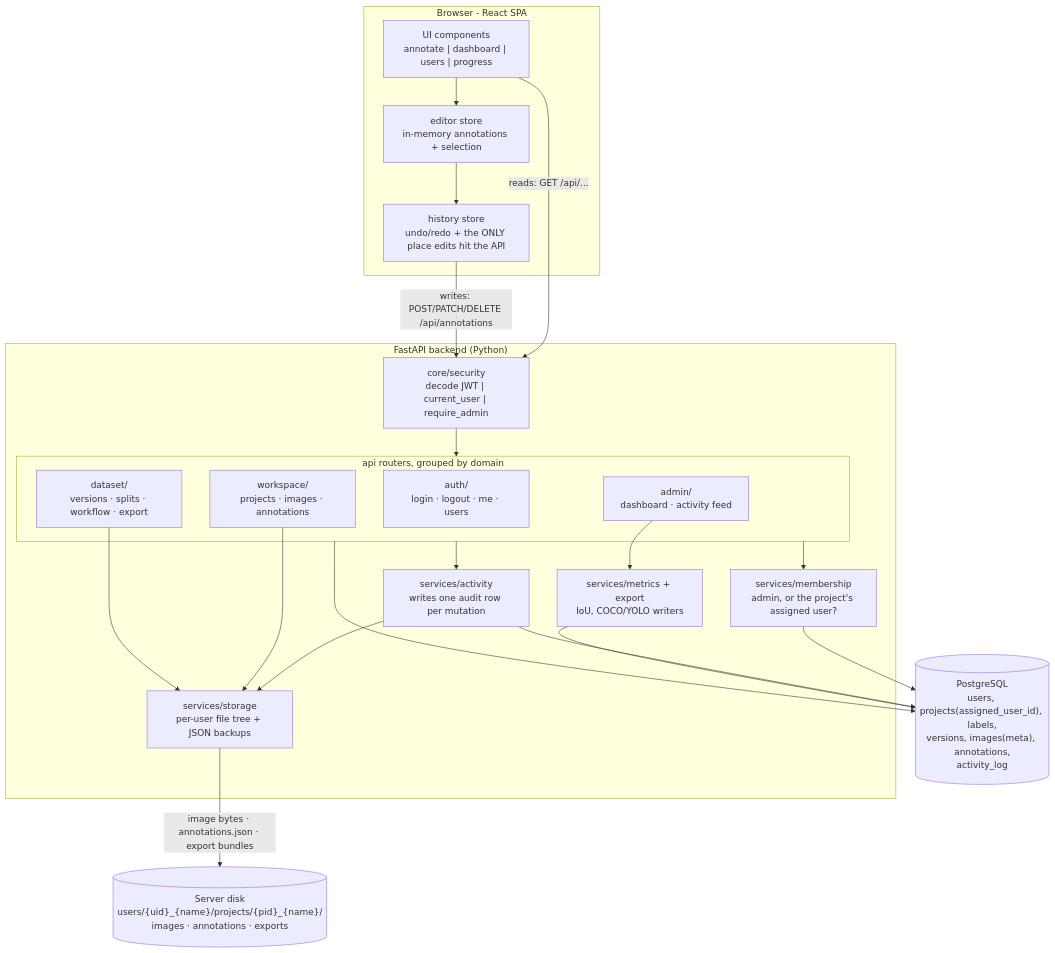
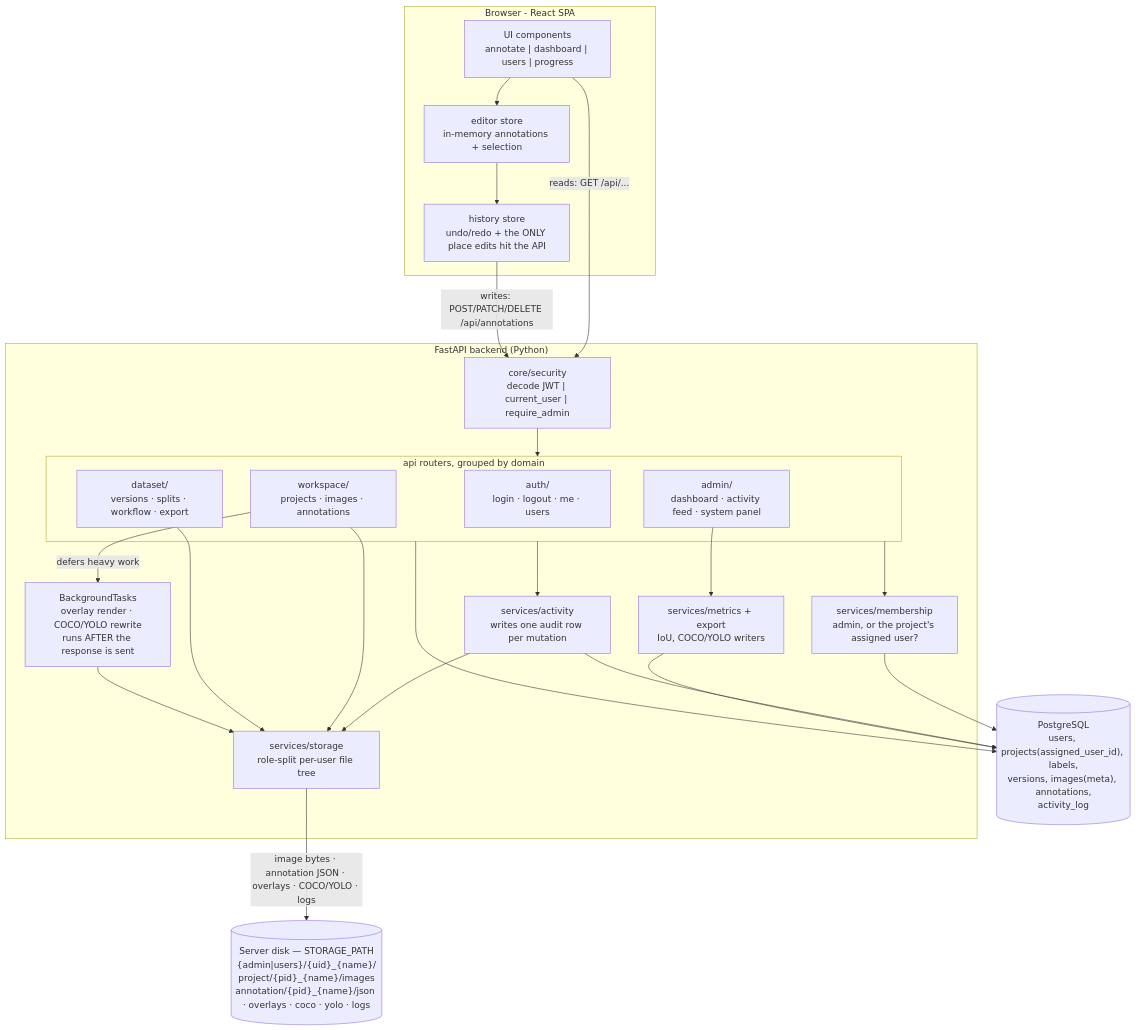
The diagram in docs/diagrams/backend_flow.mermaid (rochitl72/latest-version), drawn with Mermaid before and after one commit. The commit also changed 1 other file, not shown here.

First paragraph of the commit message:
Rewrite the README for deployment handover; refresh the flow diagram
The README described the application as it was several changes ago. Corrected
throughout, and restructured for someone deploying it rather than someone who
already knows it.

```diff
--- a/docs/diagrams/backend_flow.mermaid
+++ b/docs/diagrams/backend_flow.mermaid
@@ -1,40 +1,43 @@
 flowchart TB
   subgraph CLIENT["Browser - React SPA"]
     UI["UI components<br/>annotate | dashboard | users | progress"]
     EDIT["editor store<br/>in-memory annotations + selection"]
     HIST["history store<br/>undo/redo + the ONLY place edits hit the API"]
   end
 
   subgraph BACKEND["FastAPI backend (Python)"]
     SEC["core/security<br/>decode JWT | current_user | require_admin"]
     MEMB["services/membership<br/>admin, or the project's assigned user?"]
     subgraph ROUTERS["api routers, grouped by domain"]
       A["auth/<br/>login · logout · me · users"]
       W["workspace/<br/>projects · images · annotations"]
       D["dataset/<br/>versions · splits · workflow · export"]
-      M["admin/<br/>dashboard · activity feed"]
+      M["admin/<br/>dashboard · activity feed · system panel"]
     end
     ACT["services/activity<br/>writes one audit row per mutation"]
-    STO["services/storage<br/>per-user file tree + JSON backups"]
+    STO["services/storage<br/>role-split per-user file tree"]
+    BG["BackgroundTasks<br/>overlay render · COCO/YOLO rewrite<br/>runs AFTER the response is sent"]
     MET["services/metrics + export<br/>IoU, COCO/YOLO writers"]
   end
 
   PG[("PostgreSQL<br/>users, projects(assigned_user_id), labels,<br/>versions, images(meta), annotations,<br/>activity_log")]
-  FS[("Server disk<br/>users/{uid}_{name}/projects/{pid}_{name}/<br/>images · annotations · exports")]
+  FS[("Server disk — STORAGE_PATH<br/>{admin|users}/{uid}_{name}/<br/>project/{pid}_{name}/images<br/>annotation/{pid}_{name}/json · overlays · coco · yolo · logs")]
 
   UI --> EDIT
   EDIT --> HIST
   UI -->|"reads: GET /api/..."| SEC
   HIST -->|"writes: POST/PATCH/DELETE /api/annotations"| SEC
   SEC --> ROUTERS
   ROUTERS --> MEMB
   ROUTERS --> ACT
   ROUTERS --> PG
   MEMB --> PG
   ACT --> PG
   ACT --> STO
   M --> MET
   MET --> PG
   W --> STO
   D --> STO
-  STO -->|"image bytes · annotations.json · export bundles"| FS
+  W -->|"defers heavy work"| BG
+  BG --> STO
+  STO -->|"image bytes · annotation JSON · overlays · COCO/YOLO · logs"| FS
```
